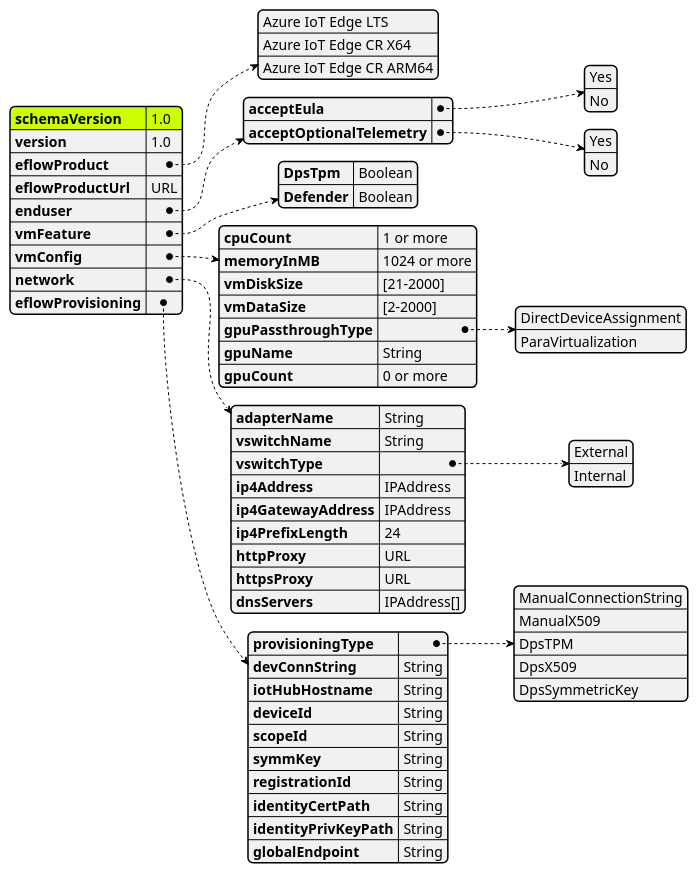
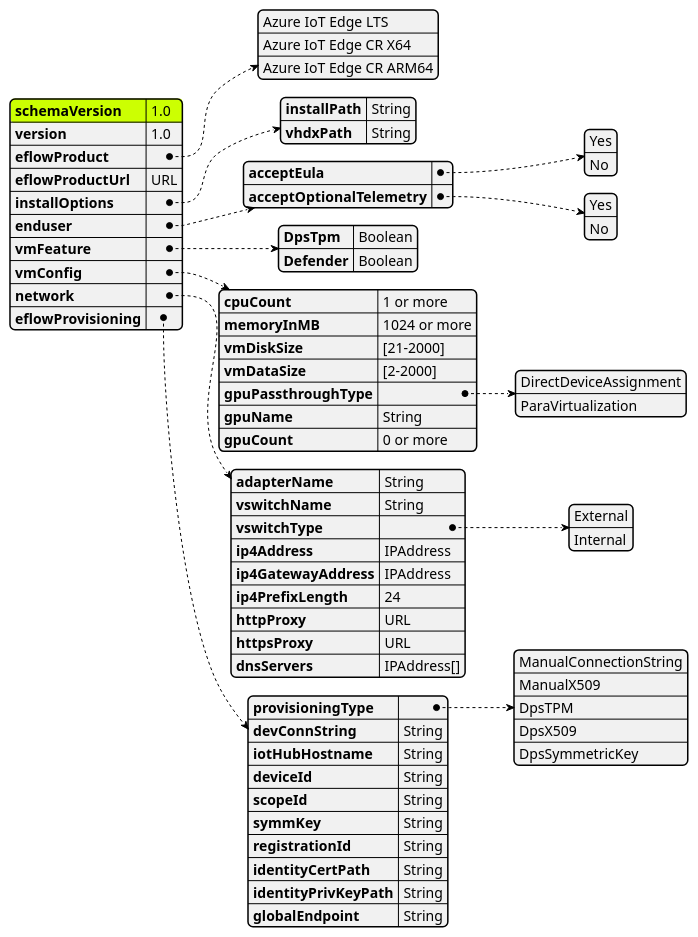
Before and after one commit to Azure/iotedge-eflow: the diagram in eflowautodeploy/eflow-userconfig.puml, drawn with PlantUML. The commit also changed 3 other files, not shown here.

Commit message:
Support installOptions

```diff
--- a/eflowautodeploy/eflow-userconfig.puml
+++ b/eflowautodeploy/eflow-userconfig.puml
@@ -1,73 +1,77 @@
 @startjson eflowAutoDeploy
 <style>
 jsonDiagram {
   node {
     FontName Segoe UI SemiBold
     FontColor blue
     FontSize 14
     RoundCorner 10
     LineThickness 1
     separator {
       LineThickness 0.25
       LineColor black
     }
   }
   arrow {
     LineColor blue
     LineThickness 1
     LineStyle 2;5
   }
   highlight {
       BackgroundColor Blue
       FontColor White
   }
 }
 </style>
 #highlight "schemaVersion"
 {
     "schemaVersion":"1.0",
     "version":"1.0",
     "eflowProduct" :["Azure IoT Edge LTS", "Azure IoT Edge CR X64","Azure IoT Edge CR ARM64"],
     "eflowProductUrl" : "URL",
+    "installOptions":{
+        "installPath":"String",
+        "vhdxPath":"String"
+    },
     "enduser":{
         "acceptEula" : ["Yes","No"],
         "acceptOptionalTelemetry" : ["Yes","No"]
     },
     "vmFeature":{
         "DpsTpm": "Boolean",
         "Defender": "Boolean"
     },
     "vmConfig":{
         "cpuCount" : "1 or more",
         "memoryInMB" : "1024 or more",
         "vmDiskSize" : "[21-2000]",
         "vmDataSize" : "[2-2000]",
         "gpuPassthroughType" : ["DirectDeviceAssignment", "ParaVirtualization"],
         "gpuName" : "String",
         "gpuCount" : "0 or more"
     },
     "network":{
         "adapterName": "String",
         "vswitchName" : "String",
         "vswitchType" : ["External", "Internal"],
         "ip4Address": "IPAddress",
         "ip4GatewayAddress": "IPAddress",
         "ip4PrefixLength" : "24",
         "httpProxy":"URL",
         "httpsProxy":"URL",
         "dnsServers":"IPAddress[]"
     },
     "eflowProvisioning":{
         "provisioningType" : ["ManualConnectionString","ManualX509","DpsTPM","DpsX509","DpsSymmetricKey"],
         "devConnString" : "String",
         "iotHubHostname" : "String",
         "deviceId" : "String",
         "scopeId" : "String",
         "symmKey": "String",
         "registrationId" : "String",
         "identityCertPath" : "String",
         "identityPrivKeyPath" : "String",
         "globalEndpoint" : "String"
     }
 }
 @endjson
```
